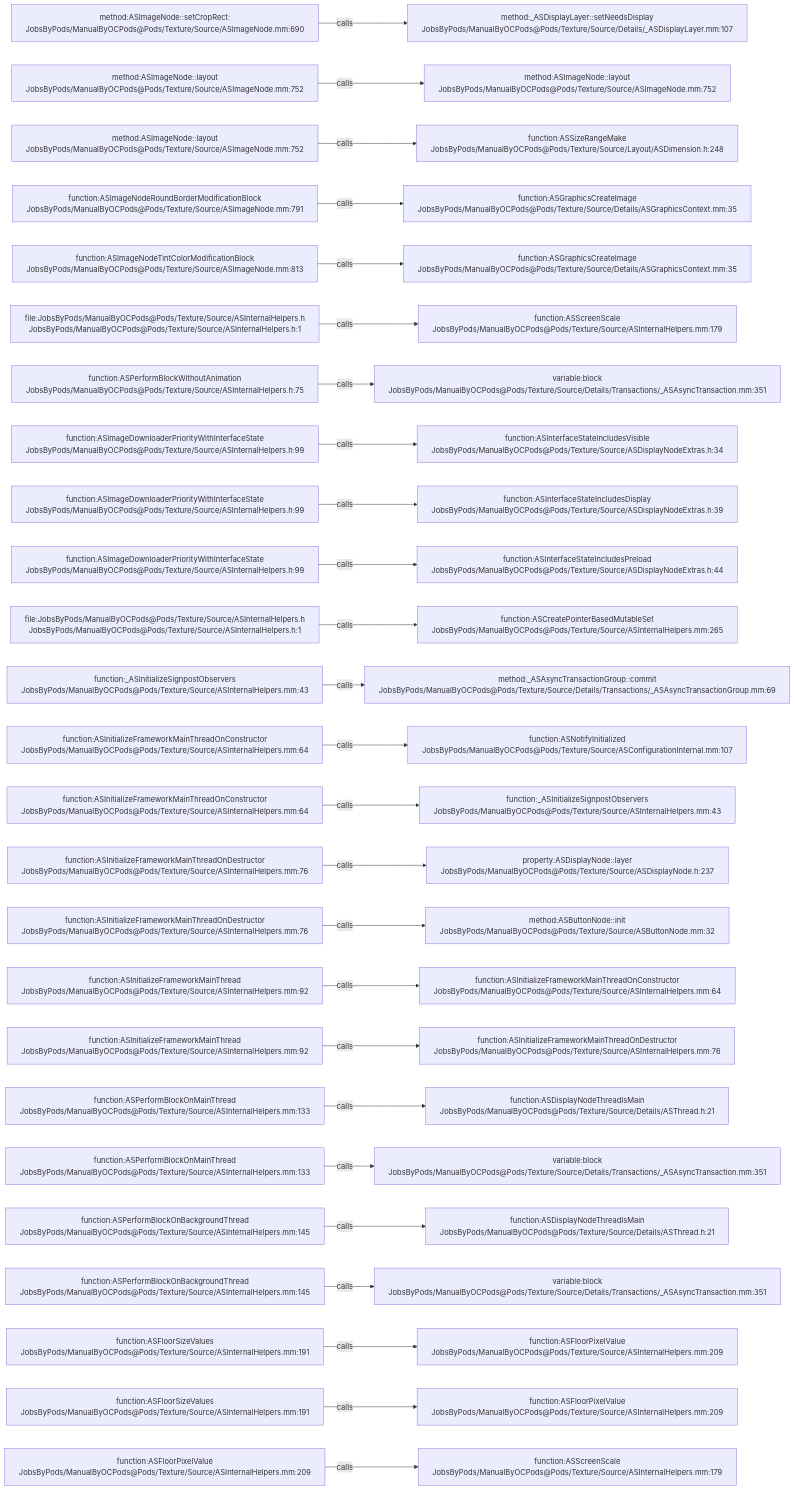
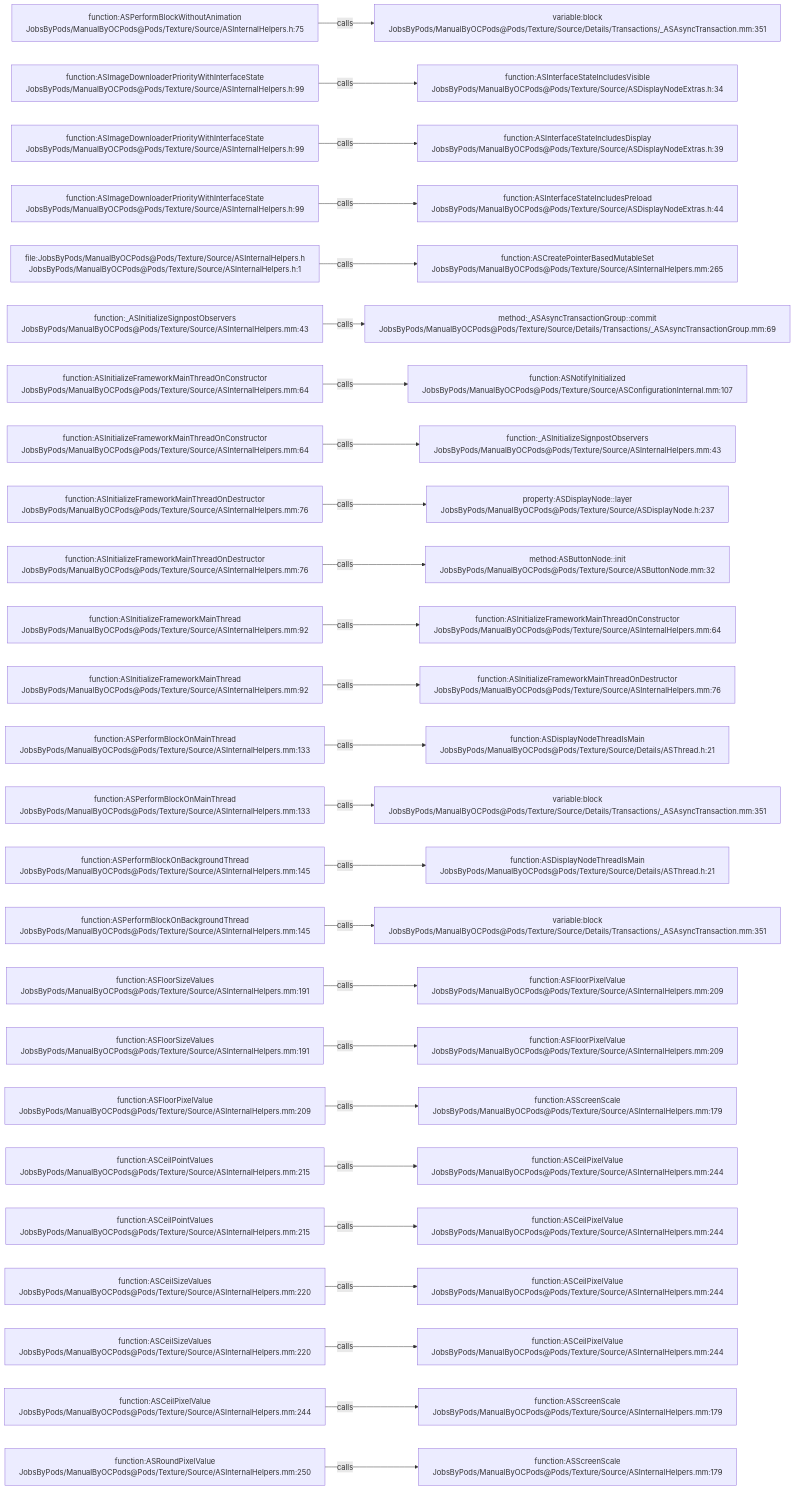
One commit to JobsKits/JobsOCBaseConfigDemo changed the diagram in .codegraph/codegraph.md/graphs/calls-103.md. Above: the diagram before and after it, drawn with Mermaid. The commit also changed 666 other files, not shown here.

````diff
--- a/.codegraph/codegraph.md/graphs/calls-103.md
+++ b/.codegraph/codegraph.md/graphs/calls-103.md
@@ -13,78 +13,78 @@
 ```mermaid
 flowchart LR
-  S1["method:ASImageNode::setCropRect:<br/>JobsByPods/ManualByOCPods@Pods/Texture/Source/ASImageNode.mm:690"]
-  T1["method:_ASDisplayLayer::setNeedsDisplay<br/>JobsByPods/ManualByOCPods@Pods/Texture/Source/Details/_ASDisplayLayer.mm:107"]
+  S1["function:ASPerformBlockWithoutAnimation<br/>JobsByPods/ManualByOCPods@Pods/Texture/Source/ASInternalHelpers.h:75"]
+  T1["variable:block<br/>JobsByPods/ManualByOCPods@Pods/Texture/Source/Details/Transactions/_ASAsyncTransaction.mm:351"]
   S1 -->|calls| T1
-  S2["method:ASImageNode::layout<br/>JobsByPods/ManualByOCPods@Pods/Texture/Source/ASImageNode.mm:752"]
-  T2["method:ASImageNode::layout<br/>JobsByPods/ManualByOCPods@Pods/Texture/Source/ASImageNode.mm:752"]
+  S2["function:ASImageDownloaderPriorityWithInterfaceState<br/>JobsByPods/ManualByOCPods@Pods/Texture/Source/ASInternalHelpers.h:99"]
+  T2["function:ASInterfaceStateIncludesVisible<br/>JobsByPods/ManualByOCPods@Pods/Texture/Source/ASDisplayNodeExtras.h:34"]
   S2 -->|calls| T2
-  S3["method:ASImageNode::layout<br/>JobsByPods/ManualByOCPods@Pods/Texture/Source/ASImageNode.mm:752"]
-  T3["function:ASSizeRangeMake<br/>JobsByPods/ManualByOCPods@Pods/Texture/Source/Layout/ASDimension.h:248"]
+  S3["function:ASImageDownloaderPriorityWithInterfaceState<br/>JobsByPods/ManualByOCPods@Pods/Texture/Source/ASInternalHelpers.h:99"]
+  T3["function:ASInterfaceStateIncludesDisplay<br/>JobsByPods/ManualByOCPods@Pods/Texture/Source/ASDisplayNodeExtras.h:39"]
   S3 -->|calls| T3
-  S4["function:ASImageNodeRoundBorderModificationBlock<br/>JobsByPods/ManualByOCPods@Pods/Texture/Source/ASImageNode.mm:791"]
-  T4["function:ASGraphicsCreateImage<br/>JobsByPods/ManualByOCPods@Pods/Texture/Source/Details/ASGraphicsContext.mm:35"]
+  S4["function:ASImageDownloaderPriorityWithInterfaceState<br/>JobsByPods/ManualByOCPods@Pods/Texture/Source/ASInternalHelpers.h:99"]
+  T4["function:ASInterfaceStateIncludesPreload<br/>JobsByPods/ManualByOCPods@Pods/Texture/Source/ASDisplayNodeExtras.h:44"]
   S4 -->|calls| T4
-  S5["function:ASImageNodeTintColorModificationBlock<br/>JobsByPods/ManualByOCPods@Pods/Texture/Source/ASImageNode.mm:813"]
-  T5["function:ASGraphicsCreateImage<br/>JobsByPods/ManualByOCPods@Pods/Texture/Source/Details/ASGraphicsContext.mm:35"]
+  S5["file:JobsByPods/ManualByOCPods@Pods/Texture/Source/ASInternalHelpers.h<br/>JobsByPods/ManualByOCPods@Pods/Texture/Source/ASInternalHelpers.h:1"]
+  T5["function:ASCreatePointerBasedMutableSet<br/>JobsByPods/ManualByOCPods@Pods/Texture/Source/ASInternalHelpers.mm:265"]
   S5 -->|calls| T5
-  S6["file:JobsByPods/ManualByOCPods@Pods/Texture/Source/ASInternalHelpers.h<br/>JobsByPods/ManualByOCPods@Pods/Texture/Source/ASInternalHelpers.h:1"]
-  T6["function:ASScreenScale<br/>JobsByPods/ManualByOCPods@Pods/Texture/Source/ASInternalHelpers.mm:179"]
+  S6["function:_ASInitializeSignpostObservers<br/>JobsByPods/ManualByOCPods@Pods/Texture/Source/ASInternalHelpers.mm:43"]
+  T6["method:_ASAsyncTransactionGroup::commit<br/>JobsByPods/ManualByOCPods@Pods/Texture/Source/Details/Transactions/_ASAsyncTransactionGroup.mm:69"]
   S6 -->|calls| T6
-  S7["function:ASPerformBlockWithoutAnimation<br/>JobsByPods/ManualByOCPods@Pods/Texture/Source/ASInternalHelpers.h:75"]
-  T7["variable:block<br/>JobsByPods/ManualByOCPods@Pods/Texture/Source/Details/Transactions/_ASAsyncTransaction.mm:351"]
+  S7["function:ASInitializeFrameworkMainThreadOnConstructor<br/>JobsByPods/ManualByOCPods@Pods/Texture/Source/ASInternalHelpers.mm:64"]
+  T7["function:ASNotifyInitialized<br/>JobsByPods/ManualByOCPods@Pods/Texture/Source/ASConfigurationInternal.mm:107"]
   S7 -->|calls| T7
-  S8["function:ASImageDownloaderPriorityWithInterfaceState<br/>JobsByPods/ManualByOCPods@Pods/Texture/Source/ASInternalHelpers.h:99"]
-  T8["function:ASInterfaceStateIncludesVisible<br/>JobsByPods/ManualByOCPods@Pods/Texture/Source/ASDisplayNodeExtras.h:34"]
+  S8["function:ASInitializeFrameworkMainThreadOnConstructor<br/>JobsByPods/ManualByOCPods@Pods/Texture/Source/ASInternalHelpers.mm:64"]
+  T8["function:_ASInitializeSignpostObservers<br/>JobsByPods/ManualByOCPods@Pods/Texture/Source/ASInternalHelpers.mm:43"]
   S8 -->|calls| T8
-  S9["function:ASImageDownloaderPriorityWithInterfaceState<br/>JobsByPods/ManualByOCPods@Pods/Texture/Source/ASInternalHelpers.h:99"]
-  T9["function:ASInterfaceStateIncludesDisplay<br/>JobsByPods/ManualByOCPods@Pods/Texture/Source/ASDisplayNodeExtras.h:39"]
+  S9["function:ASInitializeFrameworkMainThreadOnDestructor<br/>JobsByPods/ManualByOCPods@Pods/Texture/Source/ASInternalHelpers.mm:76"]
+  T9["property:ASDisplayNode::layer<br/>JobsByPods/ManualByOCPods@Pods/Texture/Source/ASDisplayNode.h:237"]
   S9 -->|calls| T9
-  S10["function:ASImageDownloaderPriorityWithInterfaceState<br/>JobsByPods/ManualByOCPods@Pods/Texture/Source/ASInternalHelpers.h:99"]
-  T10["function:ASInterfaceStateIncludesPreload<br/>JobsByPods/ManualByOCPods@Pods/Texture/Source/ASDisplayNodeExtras.h:44"]
+  S10["function:ASInitializeFrameworkMainThreadOnDestructor<br/>JobsByPods/ManualByOCPods@Pods/Texture/Source/ASInternalHelpers.mm:76"]
+  T10["method:ASButtonNode::init<br/>JobsByPods/ManualByOCPods@Pods/Texture/Source/ASButtonNode.mm:32"]
   S10 -->|calls| T10
-  S11["file:JobsByPods/ManualByOCPods@Pods/Texture/Source/ASInternalHelpers.h<br/>JobsByPods/ManualByOCPods@Pods/Texture/Source/ASInternalHelpers.h:1"]
-  T11["function:ASCreatePointerBasedMutableSet<br/>JobsByPods/ManualByOCPods@Pods/Texture/Source/ASInternalHelpers.mm:265"]
+  S11["function:ASInitializeFrameworkMainThread<br/>JobsByPods/ManualByOCPods@Pods/Texture/Source/ASInternalHelpers.mm:92"]
+  T11["function:ASInitializeFrameworkMainThreadOnConstructor<br/>JobsByPods/ManualByOCPods@Pods/Texture/Source/ASInternalHelpers.mm:64"]
   S11 -->|calls| T11
-  S12["function:_ASInitializeSignpostObservers<br/>JobsByPods/ManualByOCPods@Pods/Texture/Source/ASInternalHelpers.mm:43"]
-  T12["method:_ASAsyncTransactionGroup::commit<br/>JobsByPods/ManualByOCPods@Pods/Texture/Source/Details/Transactions/_ASAsyncTransactionGroup.mm:69"]
+  S12["function:ASInitializeFrameworkMainThread<br/>JobsByPods/ManualByOCPods@Pods/Texture/Source/ASInternalHelpers.mm:92"]
+  T12["function:ASInitializeFrameworkMainThreadOnDestructor<br/>JobsByPods/ManualByOCPods@Pods/Texture/Source/ASInternalHelpers.mm:76"]
   S12 -->|calls| T12
-  S13["function:ASInitializeFrameworkMainThreadOnConstructor<br/>JobsByPods/ManualByOCPods@Pods/Texture/Source/ASInternalHelpers.mm:64"]
-  T13["function:ASNotifyInitialized<br/>JobsByPods/ManualByOCPods@Pods/Texture/Source/ASConfigurationInternal.mm:107"]
+  S13["function:ASPerformBlockOnMainThread<br/>JobsByPods/ManualByOCPods@Pods/Texture/Source/ASInternalHelpers.mm:133"]
+  T13["function:ASDisplayNodeThreadIsMain<br/>JobsByPods/ManualByOCPods@Pods/Texture/Source/Details/ASThread.h:21"]
   S13 -->|calls| T13
-  S14["function:ASInitializeFrameworkMainThreadOnConstructor<br/>JobsByPods/ManualByOCPods@Pods/Texture/Source/ASInternalHelpers.mm:64"]
-  T14["function:_ASInitializeSignpostObservers<br/>JobsByPods/ManualByOCPods@Pods/Texture/Source/ASInternalHelpers.mm:43"]
+  S14["function:ASPerformBlockOnMainThread<br/>JobsByPods/ManualByOCPods@Pods/Texture/Source/ASInternalHelpers.mm:133"]
+  T14["variable:block<br/>JobsByPods/ManualByOCPods@Pods/Texture/Source/Details/Transactions/_ASAsyncTransaction.mm:351"]
   S14 -->|calls| T14
-  S15["function:ASInitializeFrameworkMainThreadOnDestructor<br/>JobsByPods/ManualByOCPods@Pods/Texture/Source/ASInternalHelpers.mm:76"]
-  T15["property:ASDisplayNode::layer<br/>JobsByPods/ManualByOCPods@Pods/Texture/Source/ASDisplayNode.h:237"]
+  S15["function:ASPerformBlockOnBackgroundThread<br/>JobsByPods/ManualByOCPods@Pods/Texture/Source/ASInternalHelpers.mm:145"]
+  T15["function:ASDisplayNodeThreadIsMain<br/>JobsByPods/ManualByOCPods@Pods/Texture/Source/Details/ASThread.h:21"]
   S15 -->|calls| T15
-  S16["function:ASInitializeFrameworkMainThreadOnDestructor<br/>JobsByPods/ManualByOCPods@Pods/Texture/Source/ASInternalHelpers.mm:76"]
-  T16["method:ASButtonNode::init<br/>JobsByPods/ManualByOCPods@Pods/Texture/Source/ASButtonNode.mm:32"]
+  S16["function:ASPerformBlockOnBackgroundThread<br/>JobsByPods/ManualByOCPods@Pods/Texture/Source/ASInternalHelpers.mm:145"]
+  T16["variable:block<br/>JobsByPods/ManualByOCPods@Pods/Texture/Source/Details/Transactions/_ASAsyncTransaction.mm:351"]
   S16 -->|calls| T16
-  S17["function:ASInitializeFrameworkMainThread<br/>JobsByPods/ManualByOCPods@Pods/Texture/Source/ASInternalHelpers.mm:92"]
-  T17["function:ASInitializeFrameworkMainThreadOnConstructor<br/>JobsByPods/ManualByOCPods@Pods/Texture/Source/ASInternalHelpers.mm:64"]
+  S17["function:ASFloorSizeValues<br/>JobsByPods/ManualByOCPods@Pods/Texture/Source/ASInternalHelpers.mm:191"]
+  T17["function:ASFloorPixelValue<br/>JobsByPods/ManualByOCPods@Pods/Texture/Source/ASInternalHelpers.mm:209"]
   S17 -->|calls| T17
-  S18["function:ASInitializeFrameworkMainThread<br/>JobsByPods/ManualByOCPods@Pods/Texture/Source/ASInternalHelpers.mm:92"]
-  T18["function:ASInitializeFrameworkMainThreadOnDestructor<br/>JobsByPods/ManualByOCPods@Pods/Texture/Source/ASInternalHelpers.mm:76"]
+  S18["function:ASFloorSizeValues<br/>JobsByPods/ManualByOCPods@Pods/Texture/Source/ASInternalHelpers.mm:191"]
+  T18["function:ASFloorPixelValue<br/>JobsByPods/ManualByOCPods@Pods/Texture/Source/ASInternalHelpers.mm:209"]
   S18 -->|calls| T18
-  S19["function:ASPerformBlockOnMainThread<br/>JobsByPods/ManualByOCPods@Pods/Texture/Source/ASInternalHelpers.mm:133"]
-  T19["function:ASDisplayNodeThreadIsMain<br/>JobsByPods/ManualByOCPods@Pods/Texture/Source/Details/ASThread.h:21"]
+  S19["function:ASFloorPixelValue<br/>JobsByPods/ManualByOCPods@Pods/Texture/Source/ASInternalHelpers.mm:209"]
+  T19["function:ASScreenScale<br/>JobsByPods/ManualByOCPods@Pods/Texture/Source/ASInternalHelpers.mm:179"]
   S19 -->|calls| T19
-  S20["function:ASPerformBlockOnMainThread<br/>JobsByPods/ManualByOCPods@Pods/Texture/Source/ASInternalHelpers.mm:133"]
-  T20["variable:block<br/>JobsByPods/ManualByOCPods@Pods/Texture/Source/Details/Transactions/_ASAsyncTransaction.mm:351"]
+  S20["function:ASCeilPointValues<br/>JobsByPods/ManualByOCPods@Pods/Texture/Source/ASInternalHelpers.mm:215"]
+  T20["function:ASCeilPixelValue<br/>JobsByPods/ManualByOCPods@Pods/Texture/Source/ASInternalHelpers.mm:244"]
   S20 -->|calls| T20
-  S21["function:ASPerformBlockOnBackgroundThread<br/>JobsByPods/ManualByOCPods@Pods/Texture/Source/ASInternalHelpers.mm:145"]
-  T21["function:ASDisplayNodeThreadIsMain<br/>JobsByPods/ManualByOCPods@Pods/Texture/Source/Details/ASThread.h:21"]
+  S21["function:ASCeilPointValues<br/>JobsByPods/ManualByOCPods@Pods/Texture/Source/ASInternalHelpers.mm:215"]
+  T21["function:ASCeilPixelValue<br/>JobsByPods/ManualByOCPods@Pods/Texture/Source/ASInternalHelpers.mm:244"]
   S21 -->|calls| T21
-  S22["function:ASPerformBlockOnBackgroundThread<br/>JobsByPods/ManualByOCPods@Pods/Texture/Source/ASInternalHelpers.mm:145"]
-  T22["variable:block<br/>JobsByPods/ManualByOCPods@Pods/Texture/Source/Details/Transactions/_ASAsyncTransaction.mm:351"]
+  S22["function:ASCeilSizeValues<br/>JobsByPods/ManualByOCPods@Pods/Texture/Source/ASInternalHelpers.mm:220"]
+  T22["function:ASCeilPixelValue<br/>JobsByPods/ManualByOCPods@Pods/Texture/Source/ASInternalHelpers.mm:244"]
   S22 -->|calls| T22
-  S23["function:ASFloorSizeValues<br/>JobsByPods/ManualByOCPods@Pods/Texture/Source/ASInternalHelpers.mm:191"]
-  T23["function:ASFloorPixelValue<br/>JobsByPods/ManualByOCPods@Pods/Texture/Source/ASInternalHelpers.mm:209"]
+  S23["function:ASCeilSizeValues<br/>JobsByPods/ManualByOCPods@Pods/Texture/Source/ASInternalHelpers.mm:220"]
+  T23["function:ASCeilPixelValue<br/>JobsByPods/ManualByOCPods@Pods/Texture/Source/ASInternalHelpers.mm:244"]
   S23 -->|calls| T23
-  S24["function:ASFloorSizeValues<br/>JobsByPods/ManualByOCPods@Pods/Texture/Source/ASInternalHelpers.mm:191"]
-  T24["function:ASFloorPixelValue<br/>JobsByPods/ManualByOCPods@Pods/Texture/Source/ASInternalHelpers.mm:209"]
+  S24["function:ASCeilPixelValue<br/>JobsByPods/ManualByOCPods@Pods/Texture/Source/ASInternalHelpers.mm:244"]
+  T24["function:ASScreenScale<br/>JobsByPods/ManualByOCPods@Pods/Texture/Source/ASInternalHelpers.mm:179"]
   S24 -->|calls| T24
-  S25["function:ASFloorPixelValue<br/>JobsByPods/ManualByOCPods@Pods/Texture/Source/ASInternalHelpers.mm:209"]
+  S25["function:ASRoundPixelValue<br/>JobsByPods/ManualByOCPods@Pods/Texture/Source/ASInternalHelpers.mm:250"]
   T25["function:ASScreenScale<br/>JobsByPods/ManualByOCPods@Pods/Texture/Source/ASInternalHelpers.mm:179"]
   S25 -->|calls| T25
 ```
````
